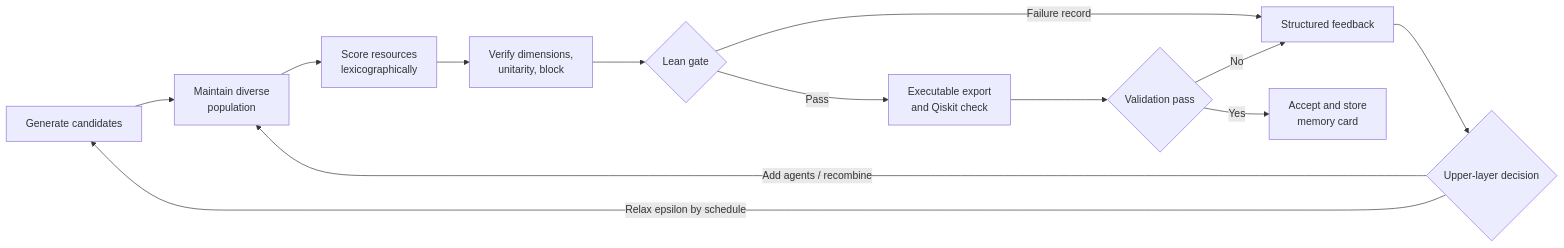
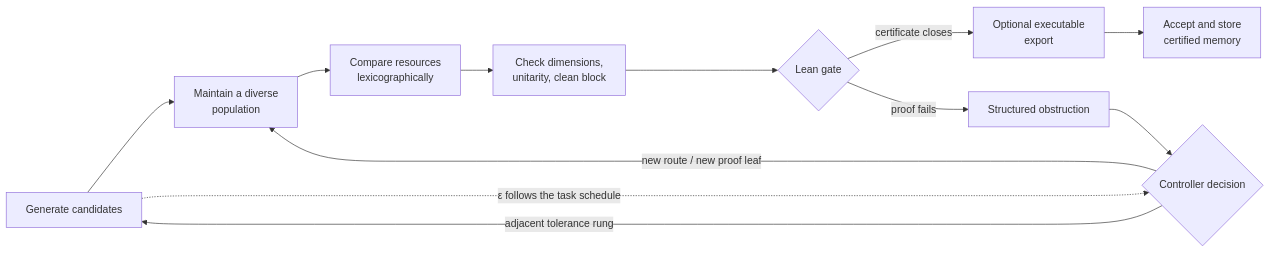
Before and after one commit to DakeBU/Quantum-Computing-Block-Encoding: the diagram in website/diagrams/candidate-lifecycle.mmd, drawn with Mermaid. The commit also changed other lines of this file, not shown here.

Commit message:
docs: simplify candidate lifecycle labels

```diff
--- a/website/diagrams/candidate-lifecycle.mmd
+++ b/website/diagrams/candidate-lifecycle.mmd
@@ -1,13 +1,12 @@
 flowchart LR
-  G["Generate candidates"] --> P["Maintain diverse<br/>population"]
-  P --> S["Score resources<br/>lexicographically"]
-  S --> V["Verify dimensions,<br/>unitarity, block"]
+  G["Generate candidates"] --> P["Maintain a diverse<br/>population"]
+  P --> S["Compare resources<br/>lexicographically"]
+  S --> V["Check dimensions,<br/>unitarity, clean block"]
   V --> K{"Lean gate"}
-  K -- "Pass" --> E["Executable export<br/>and Qiskit check"]
-  K -- "Failure record" --> F["Structured feedback"]
-  E --> Q{"Validation pass"}
-  Q -- "Yes" --> A["Accept and store<br/>memory card"]
-  Q -- "No" --> F
-  F --> T{"Upper-layer decision"}
-  T -- "Add agents / recombine" --> P
-  T -- "Relax epsilon by schedule" --> G
+  K -- "certificate closes" --> E["Optional executable<br/>export"]
+  K -- "proof fails" --> F["Structured obstruction"]
+  E --> A["Accept and store<br/>certified memory"]
+  F --> T{"Controller decision"}
+  T -- "new route / new proof leaf" --> P
+  T -- "adjacent tolerance rung" --> G
+  G -. "ε follows the task schedule" .-> T
```
